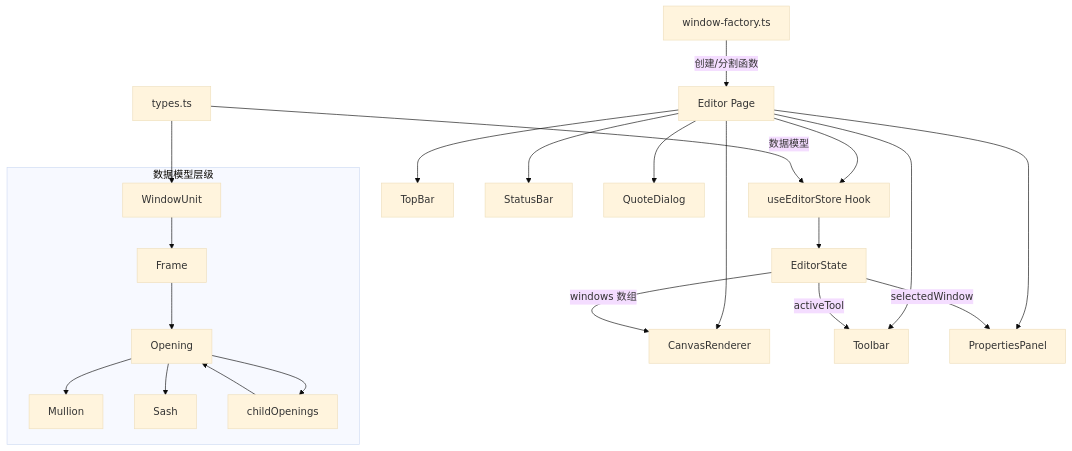
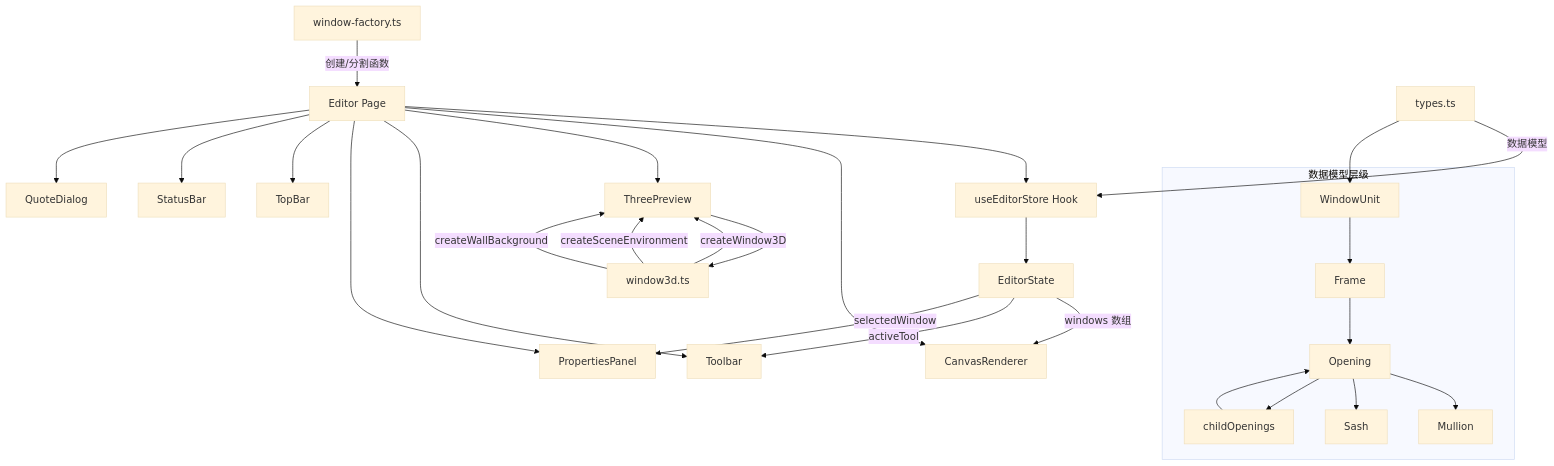
One commit to liudada118/windows changed the diagram in ARCHITECTURE.md. Above: the diagram before and after it, drawn with Mermaid (base theme). The commit also changed other lines of this file and 9 other files, not shown here.

Commit message:
feat: Three.js 3D preview - 2D/3D toggle, orbit controls, open/close animation, wall background, preset views

````diff
--- a/ARCHITECTURE.md
+++ b/ARCHITECTURE.md
@@ -72,29 +75,35 @@
 ```mermaid
 graph TD
     A[Editor Page] --> B[useEditorStore Hook]
     A --> C[CanvasRenderer]
+    A --> C3[ThreePreview]
     A --> D[Toolbar]
     A --> E[PropertiesPanel]
     A --> F[TopBar]
     A --> G[StatusBar]
     A --> H[QuoteDialog]
+
+    C3 --> W3[window3d.ts]
+    W3 --> |createWindow3D| C3
+    W3 --> |createSceneEnvironment| C3
+    W3 --> |createWallBackground| C3
 
     B --> I[EditorState]
     I --> |windows 数组| C
     I --> |activeTool| D
     I --> |selectedWindow| E
 
     J[types.ts] --> |数据模型| B
     K[window-factory.ts] --> |创建/分割函数| A
 
     subgraph 数据模型层级
         L[WindowUnit] --> M[Frame]
         M --> N[Opening]
         N --> O[Mullion]
         N --> P[Sash]
         N --> Q[childOpenings]
         Q --> N
     end
 
     J --> L
 ```
````
